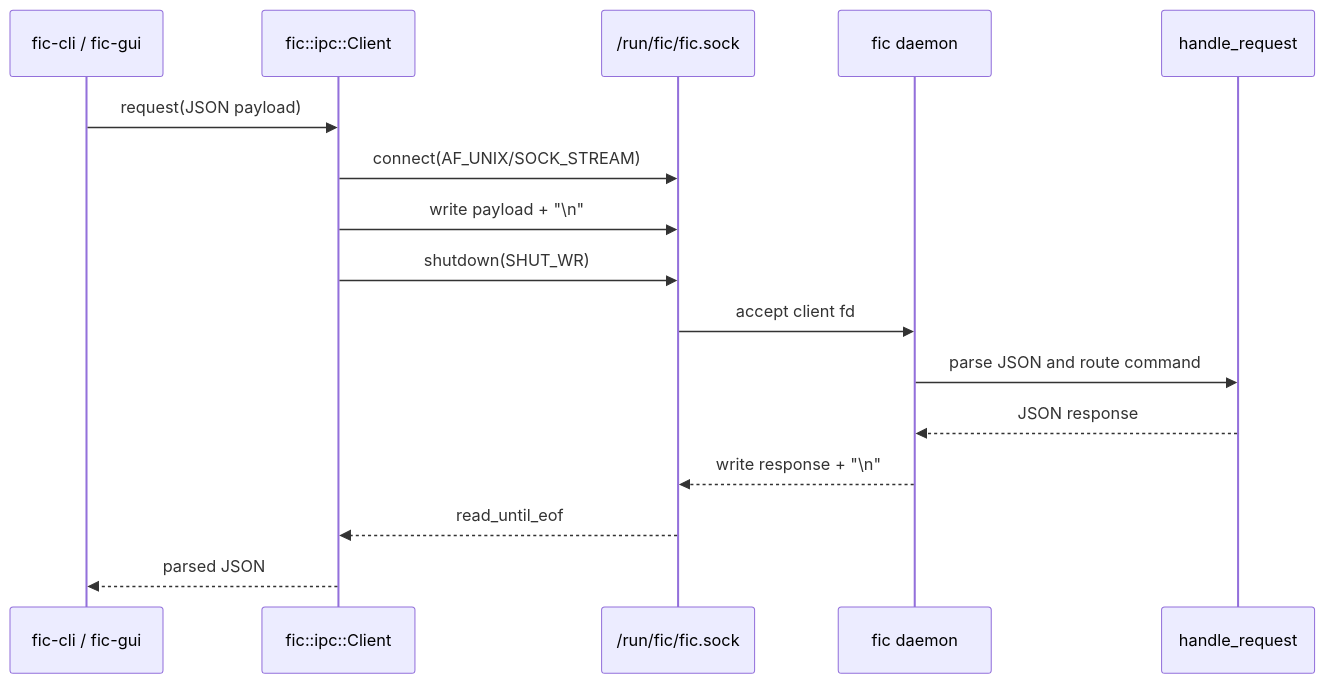
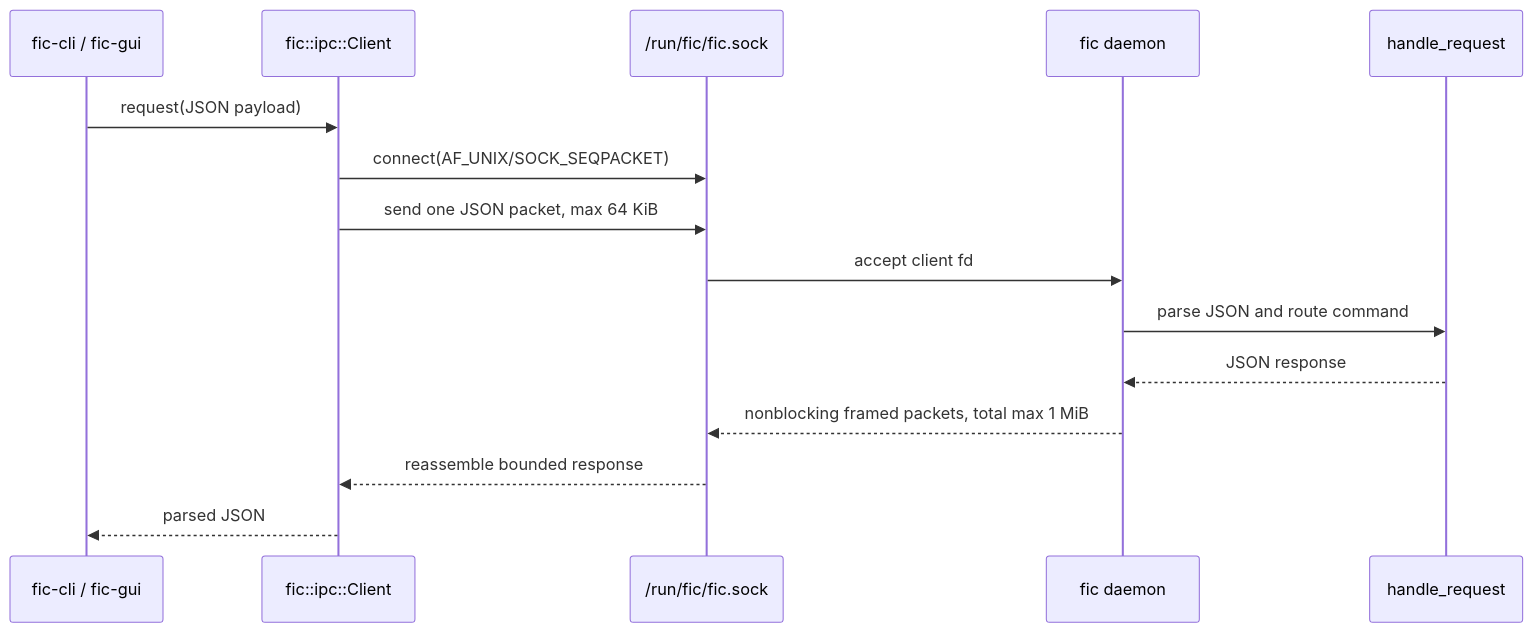
The fourth of 17 diagrams in docs/architecture-diagrams.md (RevoltStar/FIC), drawn with Mermaid before and after one commit. The commit also changed other lines of this file and 20 other files, not shown here.

Commit message:
Административный IPC fic и fic-dick переведён на AF_UNIX/SOCK_SEQPACKET; log_records получил пагинацию и защиту boot_id от path traversal.

````diff
--- a/docs/architecture-diagrams.md
+++ b/docs/architecture-diagrams.md
@@ -195,19 +193,18 @@
 ```mermaid
 sequenceDiagram
     participant Client as fic-cli / fic-gui
     participant IpcClient as fic::ipc::Client
     participant Socket as /run/fic/fic.sock
     participant Daemon as fic daemon
     participant Router as handle_request
 
     Client->>IpcClient: request(JSON payload)
-    IpcClient->>Socket: connect(AF_UNIX/SOCK_STREAM)
-    IpcClient->>Socket: write payload + "\n"
-    IpcClient->>Socket: shutdown(SHUT_WR)
+    IpcClient->>Socket: connect(AF_UNIX/SOCK_SEQPACKET)
+    IpcClient->>Socket: send one JSON packet, max 64 KiB
     Socket->>Daemon: accept client fd
     Daemon->>Router: parse JSON and route command
     Router-->>Daemon: JSON response
-    Daemon-->>Socket: write response + "\n"
-    Socket-->>IpcClient: read_until_eof
+    Daemon-->>Socket: nonblocking framed packets, total max 1 MiB
+    Socket-->>IpcClient: reassemble bounded response
     IpcClient-->>Client: parsed JSON
 ```
````
